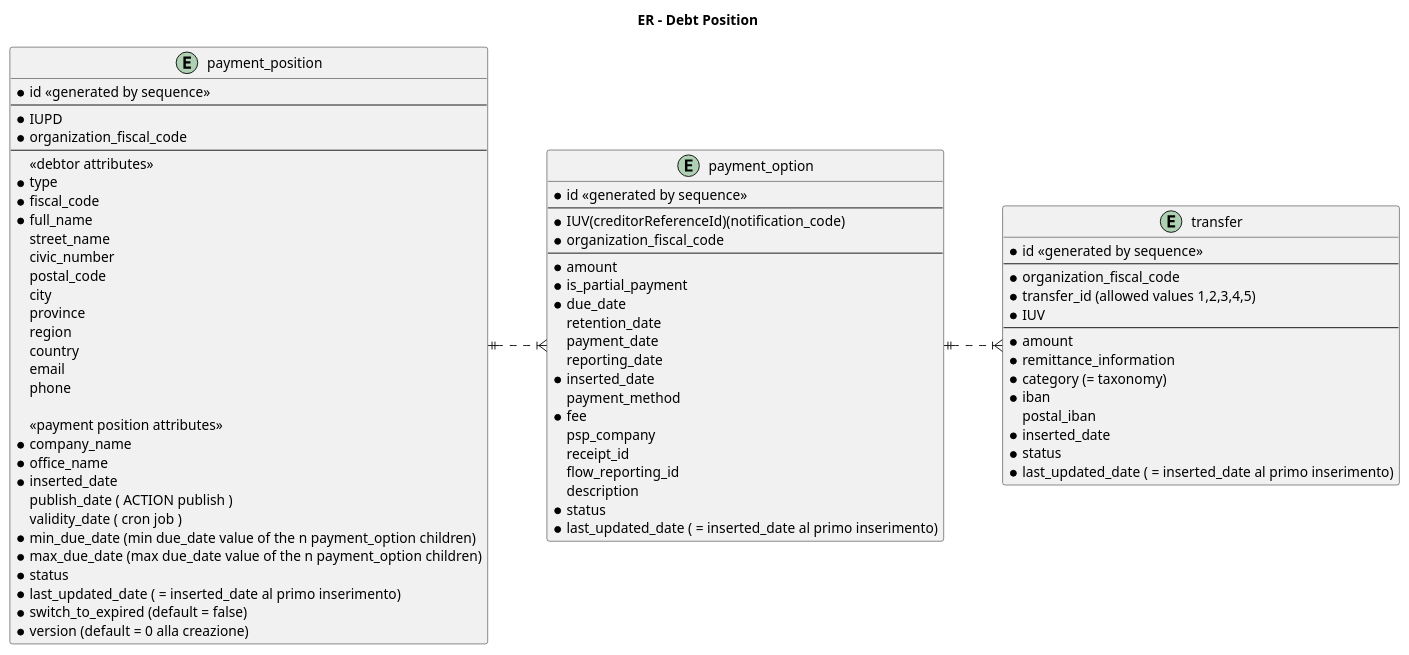
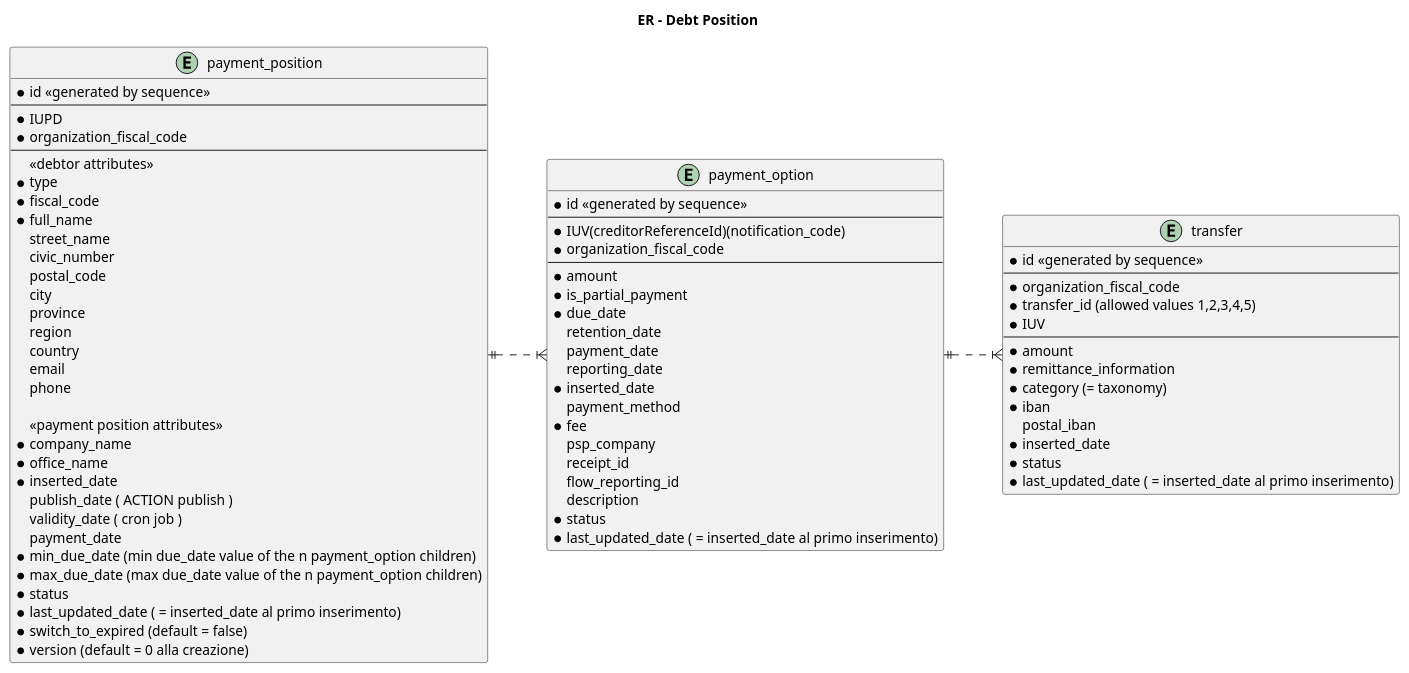
Before and after one commit to pagopa/pagopa-debt-position: the diagram in gpd/doc/db/re.puml, drawn with PlantUML.

Commit message:
[PAGOPA-751] chore: updated PlantUML diagram

```diff
--- a/gpd/doc/db/re.puml
+++ b/gpd/doc/db/re.puml
@@ -1,85 +1,86 @@
 @startuml ER-debtPosition
 left to right direction
 
 title ER - Debt Position
 
 
 entity payment_position {
   * id <<generated by sequence>>
   --
   * IUPD
   * organization_fiscal_code
   --
   <<debtor attributes>>
   * type
   * fiscal_code
   * full_name
   street_name
   civic_number
   postal_code
   city
   province
   region
   country
   email
   phone
   
   <<payment position attributes>>
   * company_name
   * office_name
   * inserted_date 
     publish_date ( ACTION publish )
     validity_date ( cron job )
+    payment_date
   * min_due_date (min due_date value of the n payment_option children) 
   * max_due_date (max due_date value of the n payment_option children) 
   * status 
   * last_updated_date ( = inserted_date al primo inserimento)
   * switch_to_expired (default = false)
   * version (default = 0 alla creazione)
 }
 
 
 entity payment_option {
   * id <<generated by sequence>>
   --
   * IUV(creditorReferenceId)(notification_code)
   * organization_fiscal_code
   --
   * amount
   * is_partial_payment
   * due_date
     retention_date
     payment_date
     reporting_date
   * inserted_date
     payment_method
   * fee
     psp_company
     receipt_id
     flow_reporting_id
     description
   * status
   * last_updated_date ( = inserted_date al primo inserimento)
 }
 
 
 entity transfer {
   * id <<generated by sequence>>
   --
   * organization_fiscal_code
   * transfer_id (allowed values 1,2,3,4,5)
   * IUV
   --
   * amount
   * remittance_information
   * category (= taxonomy)
   * iban
     postal_iban
   * inserted_date
   * status
   * last_updated_date ( = inserted_date al primo inserimento) 
 }
 
 payment_position ||..|{ payment_option
 payment_option ||..|{ transfer
 @enduml
```
